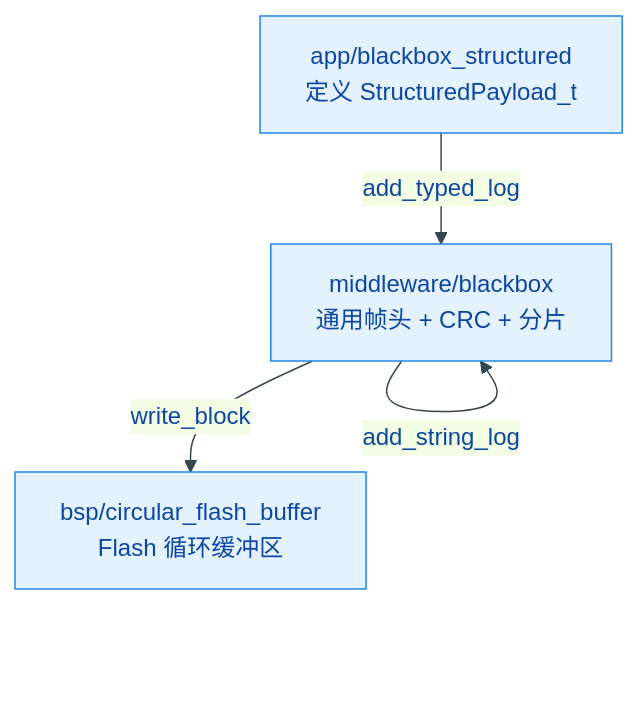
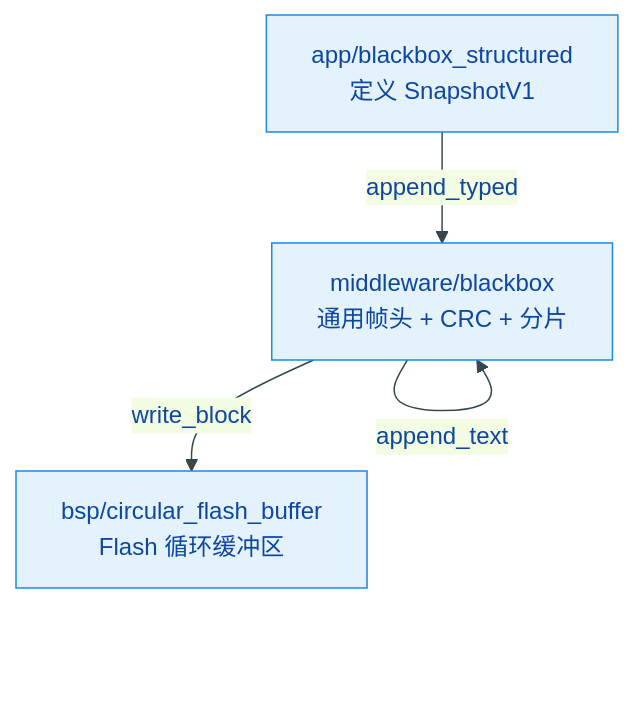
Before and after one commit to qingmeijiupiao/Wireless_power_meter_lite: the diagram in components/middleware/blackbox/README.md, drawn with Mermaid. The commit also changed other lines of this file and 26 other files, not shown here.

````diff
--- a/components/middleware/blackbox/README.md
+++ b/components/middleware/blackbox/README.md
@@ -40,7 +41,7 @@
 ```mermaid
 %%{init: { 'theme': 'base', 'themeVariables': { 'primaryColor': '#E3F2FD', 'primaryBorderColor': '#1E88E5', 'primaryTextColor': '#0D47A1', 'lineColor': '#37474F' } }}%%
 flowchart TD
-    APP["app/blackbox_structured<br/>定义 StructuredPayload_t"] -->|add_typed_log| MW["middleware/blackbox<br/>通用帧头 + CRC + 分片"]
+    APP["app/blackbox_structured<br/>定义 SnapshotV1"] -->|append_typed| MW["middleware/blackbox<br/>通用帧头 + CRC + 分片"]
     MW -->|write_block| BSP["bsp/circular_flash_buffer<br/>Flash 循环缓冲区"]
-    MW -->|add_string_log| MW
+    MW -->|append_text| MW
 ```
````
